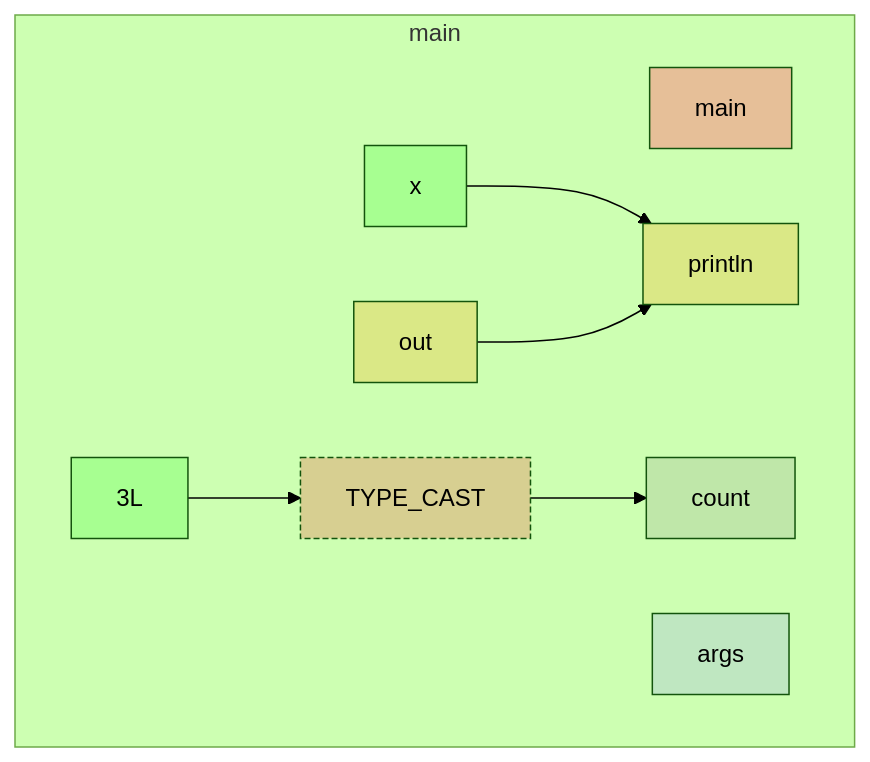
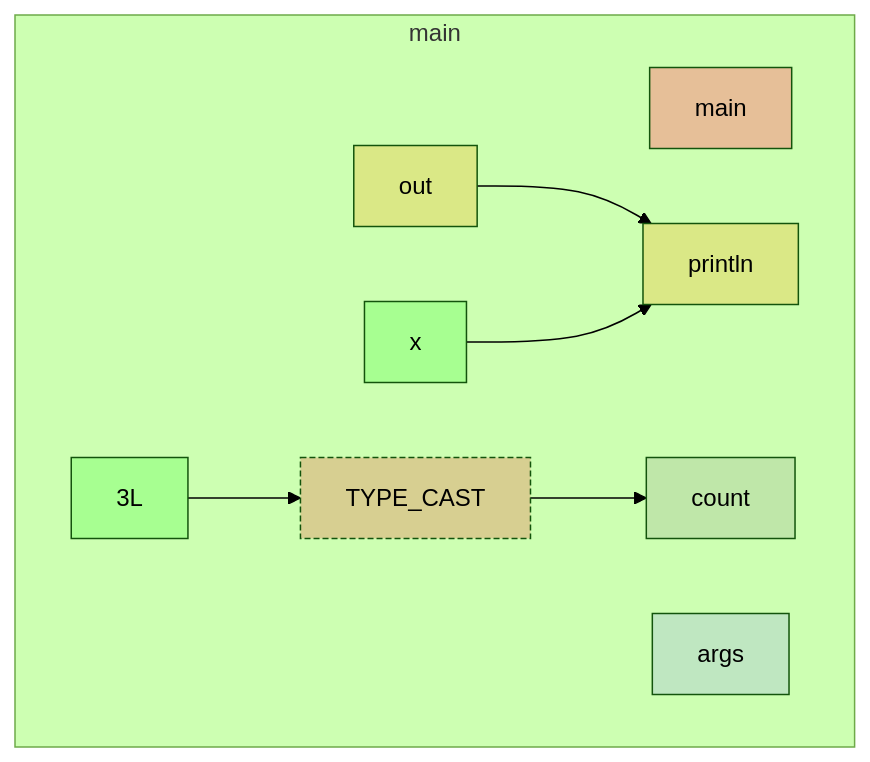
One commit to gstiebler/codeflow changed the diagram in app/src/test/resources/unsupported/truth.md. Above: the diagram before and after it, drawn with Mermaid (forest theme). The commit also changed 20 other files, not shown here.

First line of the commit message:
Build every graph from the IR, and delete the tree walker

````diff
--- a/app/src/test/resources/unsupported/truth.md
+++ b/app/src/test/resources/unsupported/truth.md
@@ -1,24 +1,24 @@
 ```mermaid
 flowchart TD
   subgraph b0["main"]
     n1[main]:::RETURN
     n2[args]:::FUNC_PARAM
-    n3["x"]:::LITERAL
-    n4[out]:::EXTERNAL
+    n3[out]:::EXTERNAL
+    n4["x"]:::LITERAL
     n5[println]:::EXTERNAL
     n6[3L]:::LITERAL
     n7[TYPE_CAST]:::UNMODELLED
     n8[count]:::VARIABLE
-    n3["x"]:::LITERAL --> n5[println]:::EXTERNAL
-    n4[out]:::EXTERNAL --> n5[println]:::EXTERNAL
+    n3[out]:::EXTERNAL --> n5[println]:::EXTERNAL
+    n4["x"]:::LITERAL --> n5[println]:::EXTERNAL
     n6[3L]:::LITERAL --> n7[TYPE_CAST]:::UNMODELLED
     n7[TYPE_CAST]:::UNMODELLED --> n8[count]:::VARIABLE
   end
   classDef LITERAL fill:#00FF0030
   classDef VARIABLE fill:#80808030
   classDef BIN_OP fill:#80808080
   classDef FUNC_PARAM fill:#8080FF30
   classDef RETURN fill:#FF808080
   classDef EXTERNAL fill:#FFA50040
   classDef UNMODELLED fill:#FF000030,stroke-dasharray: 4 2
 ```
````
